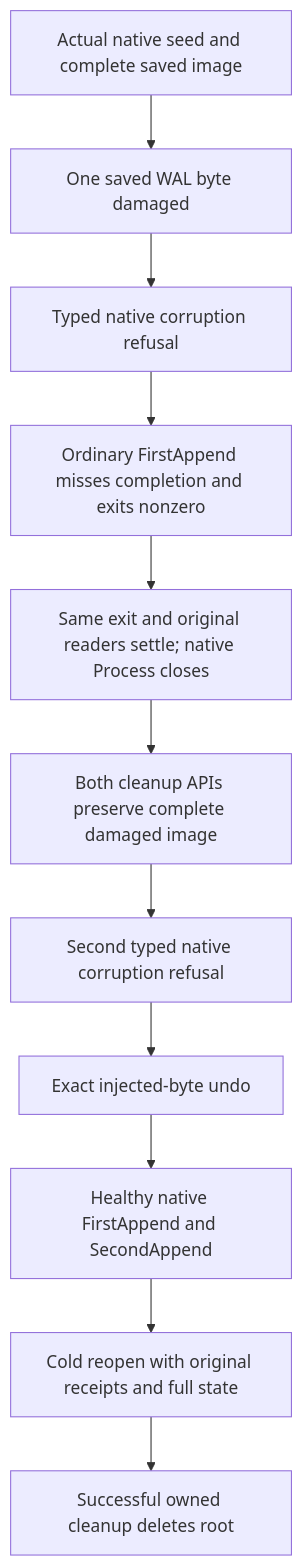
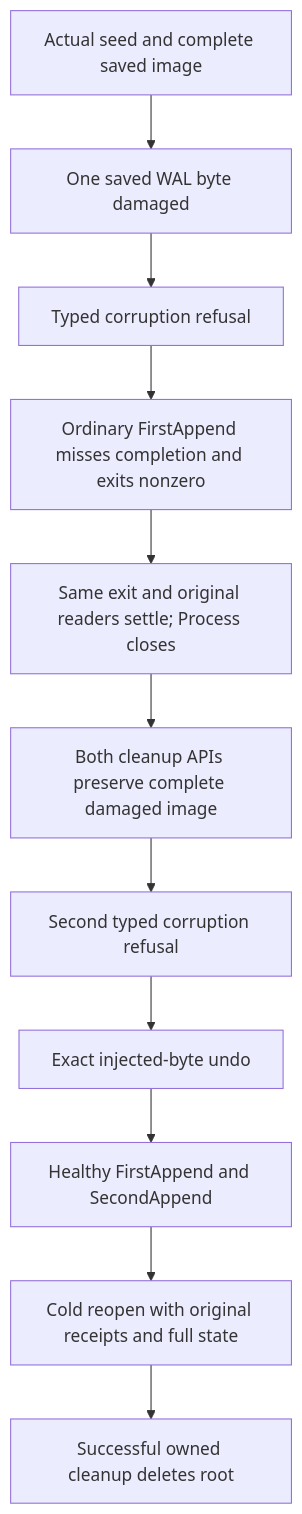
Before and after one commit to managedcode/KeyLoad: the diagram in docs/Features/StorageRecovery/RecoveryFaultRootRetention.md, drawn with Mermaid. The commit also changed other lines of this file and 9016 other files, not shown here.

````diff
--- a/docs/Features/StorageRecovery/RecoveryFaultRootRetention.md
+++ b/docs/Features/StorageRecovery/RecoveryFaultRootRetention.md
@@ -13,13 +13,13 @@
 ```mermaid
 flowchart TD
- A[Actual native seed and complete saved image] --> B[One saved WAL byte damaged]
- B --> C[Typed native corruption refusal]
+ A[Actual seed and complete saved image] --> B[One saved WAL byte damaged]
+ B --> C[Typed corruption refusal]
  C --> D[Ordinary FirstAppend misses completion and exits nonzero]
- D --> E[Same exit and original readers settle; native Process closes]
+ D --> E[Same exit and original readers settle; Process closes]
  E --> F[Both cleanup APIs preserve complete damaged image]
- F --> G[Second typed native corruption refusal]
+ F --> G[Second typed corruption refusal]
  G --> H[Exact injected-byte undo]
- H --> I[Healthy native FirstAppend and SecondAppend]
+ H --> I[Healthy FirstAppend and SecondAppend]
  I --> J[Cold reopen with original receipts and full state]
  J --> K[Successful owned cleanup deletes root]
 ```
````
